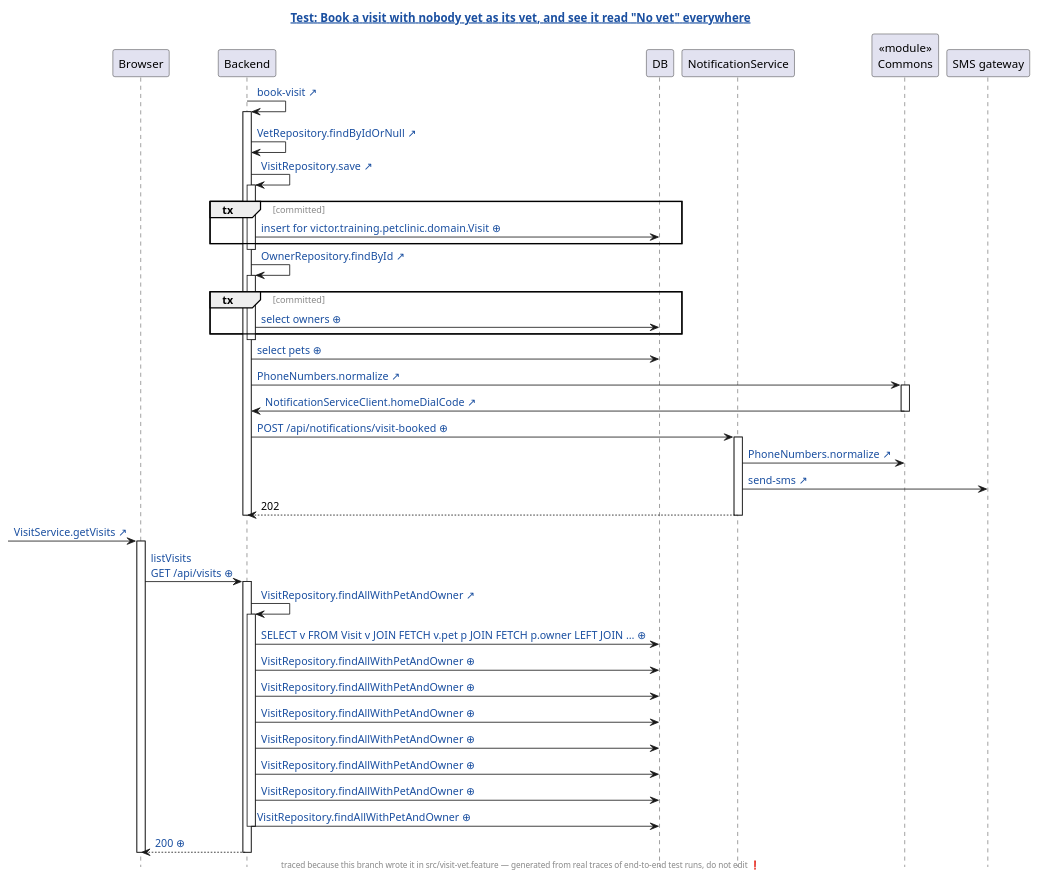
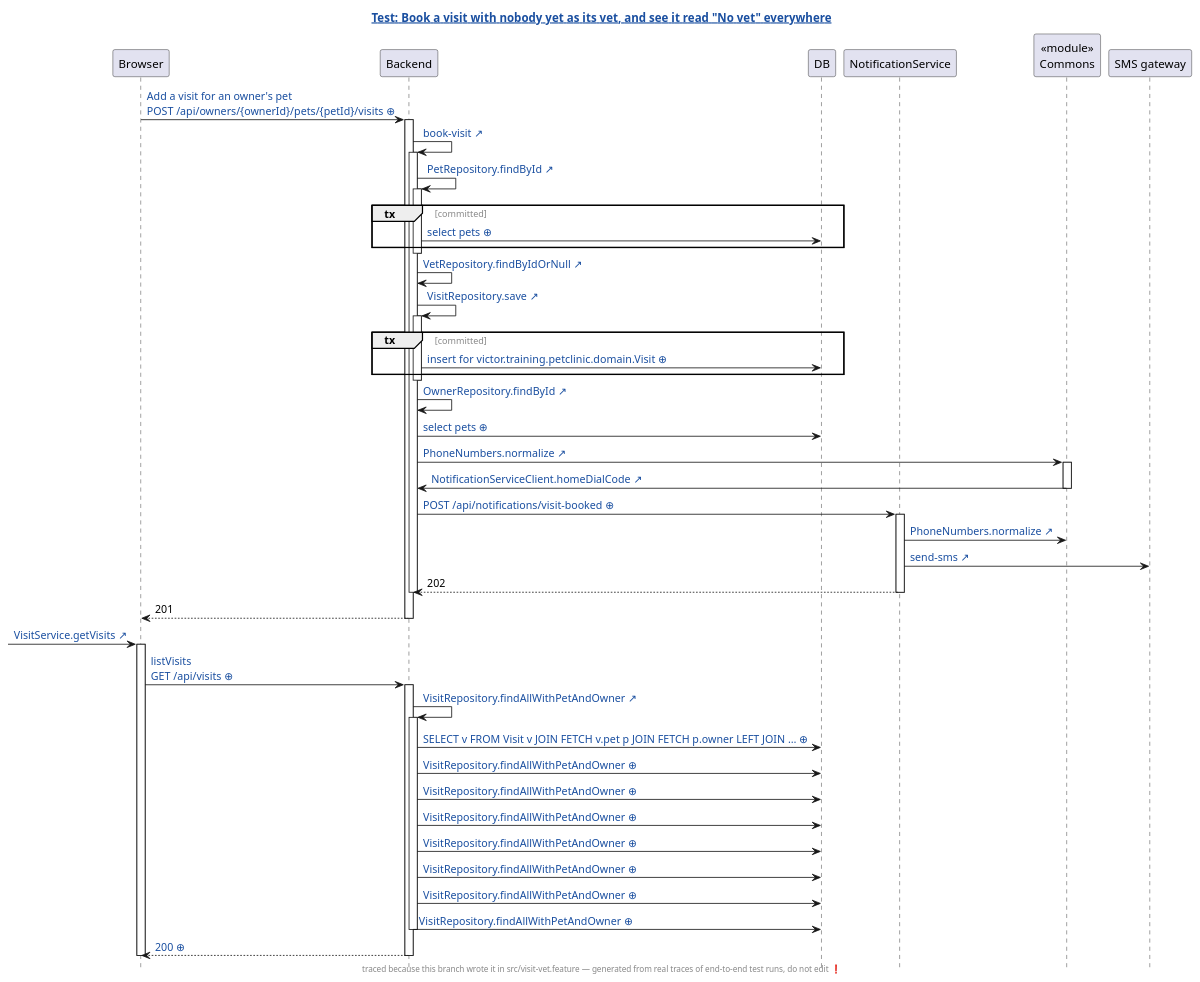
The diagram in demo/demo/assets/genseq/petclinic-test/generated/visit-vet.feature.book-a-visit-with-nobody-yet-as-its-vet-and-see-it-read-no-vet-everywhere.genseq.puml (victorrentea/human-review), drawn with PlantUML before and after one commit. The commit also changed 100 other files, not shown here.

```diff
--- a/demo/demo/assets/genseq/petclinic-test/generated/visit-vet.feature.book-a-visit-with-nobody-yet-as-its-vet-and-see-it-read-no-vet-everywhere.genseq.puml
+++ b/demo/demo/assets/genseq/petclinic-test/generated/visit-vet.feature.book-a-visit-with-nobody-yet-as-its-vet-and-see-it-read-no-vet-everywhere.genseq.puml
@@ -1,61 +1,66 @@
 @startuml
 ' ⚠️  GENERATED FILE — DO NOT EDIT. Every edit is lost on the next run.
 hide footbox
 skinparam hyperlinkUnderline false
 skinparam hyperlinkColor #1A4FA0
 skinparam sequenceGroupFontColor #888888
 skinparam sequenceGroupFontStyle plain
 title [[src://petclinic-test/src/visit-vet.feature:22{Click to open the test} Test: Book a visit with nobody yet as its vet, and see it read "No vet" everywhere]]
 footer traced because this branch wrote it in src/visit-vet.feature — generated from real traces of end-to-end test runs, do not edit ❗
 participant Browser
 participant Backend
 participant DB
 participant NotificationService
 participant "«module»\nCommons" as Commons
 participant "SMS gateway"
+Browser -> Backend: [[genseq://0jegc7z{Click for the request as it was sent} Add a visit for an owner's pet\nPOST /api/owners/{ownerId}/pets/{petId}/visits ⊕]]
+activate Backend
 Backend -> Backend: [[src://petclinic-backend/src/main/java/victor/training/petclinic/rest/OwnerRestController.java:193{Click to open OwnerRestController.bookVisit} book-visit ↗]]
 activate Backend
+Backend -> Backend: [[src://petclinic-backend/src/main/java/victor/training/petclinic/repository/PetRepository.java:16{Click to open PetRepository.findById} PetRepository.findById ↗]]
+activate Backend
+group tx [committed]
+Backend -> DB: [[genseq://0y7w2ps{Click for the statement behind this call} select pets ⊕]]
+end
+deactivate Backend
 Backend -> Backend: [[src://petclinic-backend/src/main/java/victor/training/petclinic/repository/VetRepository.java:19{Click to open VetRepository.findByIdOrNull} VetRepository.findByIdOrNull ↗]]
 Backend -> Backend: [[src://petclinic-backend/src/main/java/victor/training/petclinic/repository/VisitRepository.java:14{Click to open VisitRepository.save} VisitRepository.save ↗]]
 activate Backend
 group tx [committed]
-Backend -> DB: [[genseq://1ck57bi{Click for the statement behind this call} insert for victor.training.petclinic.domain.Visit ⊕]]
+Backend -> DB: [[genseq://0pxl60h{Click for the statement behind this call} insert for victor.training.petclinic.domain.Visit ⊕]]
 end
 deactivate Backend
 Backend -> Backend: [[src://petclinic-backend/src/main/java/victor/training/petclinic/repository/OwnerRepository.java:14{Click to open OwnerRepository.findById} OwnerRepository.findById ↗]]
-activate Backend
-group tx [committed]
-Backend -> DB: [[genseq://0x8aana{Click for the statement behind this call} select owners ⊕]]
-end
-deactivate Backend
 Backend -> DB: [[genseq://18567ho{Click for the statement behind this call} select pets ⊕]]
 Backend -> Commons: [[src://petclinic-commons/src/main/java/victor/training/commons/PhoneNumbers.java:14{Click to open PhoneNumbers.normalize} PhoneNumbers.normalize ↗]]
 activate Commons
 Commons -> Backend: [[src://petclinic-backend/src/main/java/victor/training/petclinic/notification/NotificationServiceClient.java:45{Click to open NotificationServiceClient.homeDialCode} NotificationServiceClient.homeDialCode ↗]]
 deactivate Commons
 Backend -> NotificationService: [[genseq://00gfug0{Click for the request as it was sent} POST /api/notifications/visit-booked ⊕]]
 activate NotificationService
 NotificationService -> Commons: [[src://petclinic-commons/src/main/java/victor/training/commons/PhoneNumbers.java:8{Click to open PhoneNumbers.normalize} PhoneNumbers.normalize ↗]]
 NotificationService -> "SMS gateway": [[src://notification-service/src/main/java/victor/training/notification/SmsGateway.java:23{Click to open SmsGateway.send} send-sms ↗]]
 NotificationService --> Backend: 202
 deactivate NotificationService
 deactivate Backend
+Backend --> Browser: 201
+deactivate Backend
 [-> Browser: [[src://petclinic-frontend/src/app/visits/visits-page/visits-page.component.ts:21{Click to open the line that sent this request: visits-page.component.ts:21} VisitService.getVisits ↗]]
 activate Browser
-Browser -> Backend: [[genseq://1myr631{Click for the request as it was sent} listVisits\nGET /api/visits ⊕]]
+Browser -> Backend: [[genseq://14r2h25{Click for the request as it was sent} listVisits\nGET /api/visits ⊕]]
 activate Backend
 Backend -> Backend: [[src://petclinic-backend/src/main/java/victor/training/petclinic/repository/VisitRepository.java:19{Click to open VisitRepository.findAllWithPetAndOwner} VisitRepository.findAllWithPetAndOwner ↗]]
 activate Backend
-Backend -> DB: [[genseq://1706k1o{Click for the statement behind this call} SELECT v FROM Visit v JOIN FETCH v.pet p JOIN FETCH p.owner LEFT JOIN … ⊕]]
+Backend -> DB: [[genseq://17if9wv{Click for the statement behind this call} SELECT v FROM Visit v JOIN FETCH v.pet p JOIN FETCH p.owner LEFT JOIN … ⊕]]
+Backend -> DB: [[genseq://0xm9qzg{Click for the statement behind this call} VisitRepository.findAllWithPetAndOwner ⊕]]
+Backend -> DB: [[genseq://0g8ptx2{Click for the statement behind this call} VisitRepository.findAllWithPetAndOwner ⊕]]
+Backend -> DB: [[genseq://070fg5f{Click for the statement behind this call} VisitRepository.findAllWithPetAndOwner ⊕]]
 Backend -> DB: [[genseq://0cvbten{Click for the statement behind this call} VisitRepository.findAllWithPetAndOwner ⊕]]
-Backend -> DB: [[genseq://0xm9qzg{Click for the statement behind this call} VisitRepository.findAllWithPetAndOwner ⊕]]
-Backend -> DB: [[genseq://070fg5f{Click for the statement behind this call} VisitRepository.findAllWithPetAndOwner ⊕]]
+Backend -> DB: [[genseq://0i1m34t{Click for the statement behind this call} VisitRepository.findAllWithPetAndOwner ⊕]]
 Backend -> DB: [[genseq://1heb9yw{Click for the statement behind this call} VisitRepository.findAllWithPetAndOwner ⊕]]
-Backend -> DB: [[genseq://0g8ptx2{Click for the statement behind this call} VisitRepository.findAllWithPetAndOwner ⊕]]
-Backend -> DB: [[genseq://0i1m34t{Click for the statement behind this call} VisitRepository.findAllWithPetAndOwner ⊕]]
 Backend -> DB: [[genseq://094wceq{Click for the statement behind this call} VisitRepository.findAllWithPetAndOwner ⊕]]
 deactivate Backend
-Backend --> Browser: [[genseq://0p8wewa{Click for this call’s JSON body} 200 ⊕]]
+Backend --> Browser: [[genseq://04zd8u3{Click for this call’s JSON body} 200 ⊕]]
 deactivate Backend
 deactivate Browser
 @enduml
```
